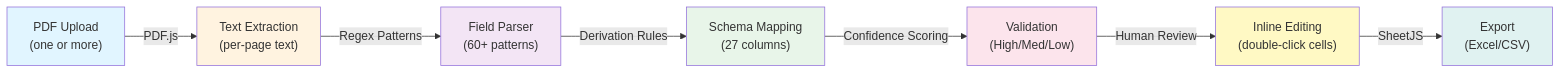
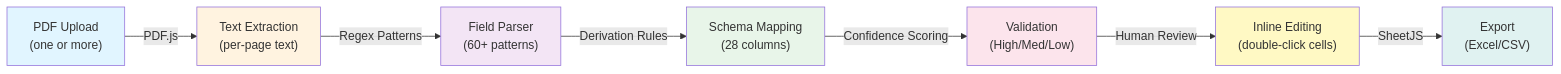
The diagram in README.md (karansingh2427/use-summary-table), drawn with Mermaid before and after one commit. The commit also changed other lines of this file and 17 other files, not shown here.

````diff
--- a/README.md
+++ b/README.md
@@ -40,17 +42,17 @@
 ```mermaid
 graph LR
     A["PDF Upload<br/>(one or more)"] -->|PDF.js| B["Text Extraction<br/>(per-page text)"]
     B -->|Regex Patterns| C["Field Parser<br/>(60+ patterns)"]
-    C -->|Derivation Rules| D["Schema Mapping<br/>(27 columns)"]
+    C -->|Derivation Rules| D["Schema Mapping<br/>(28 columns)"]
     D -->|Confidence Scoring| E["Validation<br/>(High/Med/Low)"]
     E -->|Human Review| F["Inline Editing<br/>(double-click cells)"]
     F -->|SheetJS| G["Export<br/>(Excel/CSV)"]
     
     style A fill:#e1f5ff
     style B fill:#fff3e0
     style C fill:#f3e5f5
     style D fill:#e8f5e9
     style E fill:#fce4ec
     style F fill:#fff9c4
     style G fill:#e0f2f1
 ```
````
